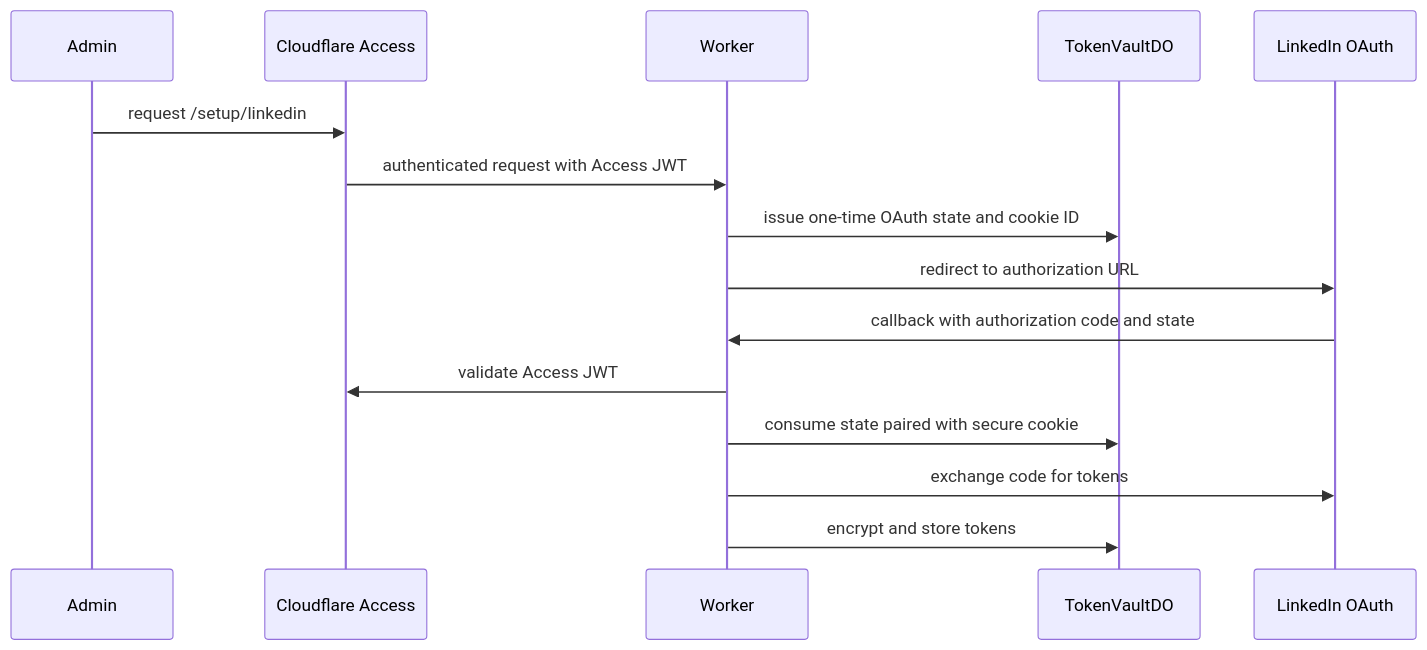
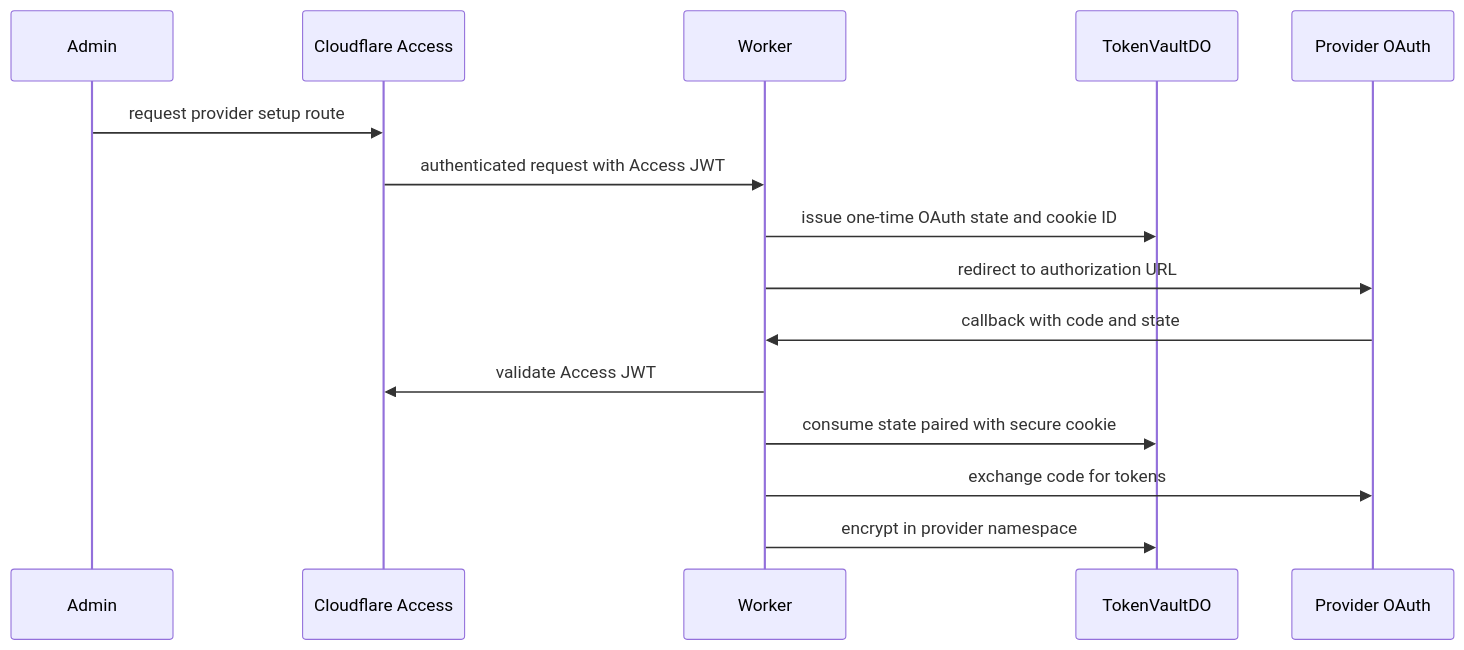
One commit to satwikhebbar/kipp changed the fourth of 4 diagrams in docs/architecture/request-flows.md. Above: the diagram before and after it, drawn with Mermaid. The commit also changed other lines of this file and 8 other files, not shown here.

Commit message:
docs: refresh Kipp architecture and README

````diff
--- a/docs/architecture/request-flows.md
+++ b/docs/architecture/request-flows.md
@@ -67,18 +133,18 @@
 ```mermaid
 sequenceDiagram
   participant U as Admin
   participant A as Cloudflare Access
   participant W as Worker
   participant V as TokenVaultDO
-  participant LI as LinkedIn OAuth
+  participant O as Provider OAuth
 
-  U->>A: request /setup/linkedin
+  U->>A: request provider setup route
   A->>W: authenticated request with Access JWT
   W->>V: issue one-time OAuth state and cookie ID
-  W->>LI: redirect to authorization URL
-  LI->>W: callback with authorization code and state
+  W->>O: redirect to authorization URL
+  O->>W: callback with code and state
   W->>A: validate Access JWT
   W->>V: consume state paired with secure cookie
-  W->>LI: exchange code for tokens
-  W->>V: encrypt and store tokens
+  W->>O: exchange code for tokens
+  W->>V: encrypt in provider namespace
 ```
````
